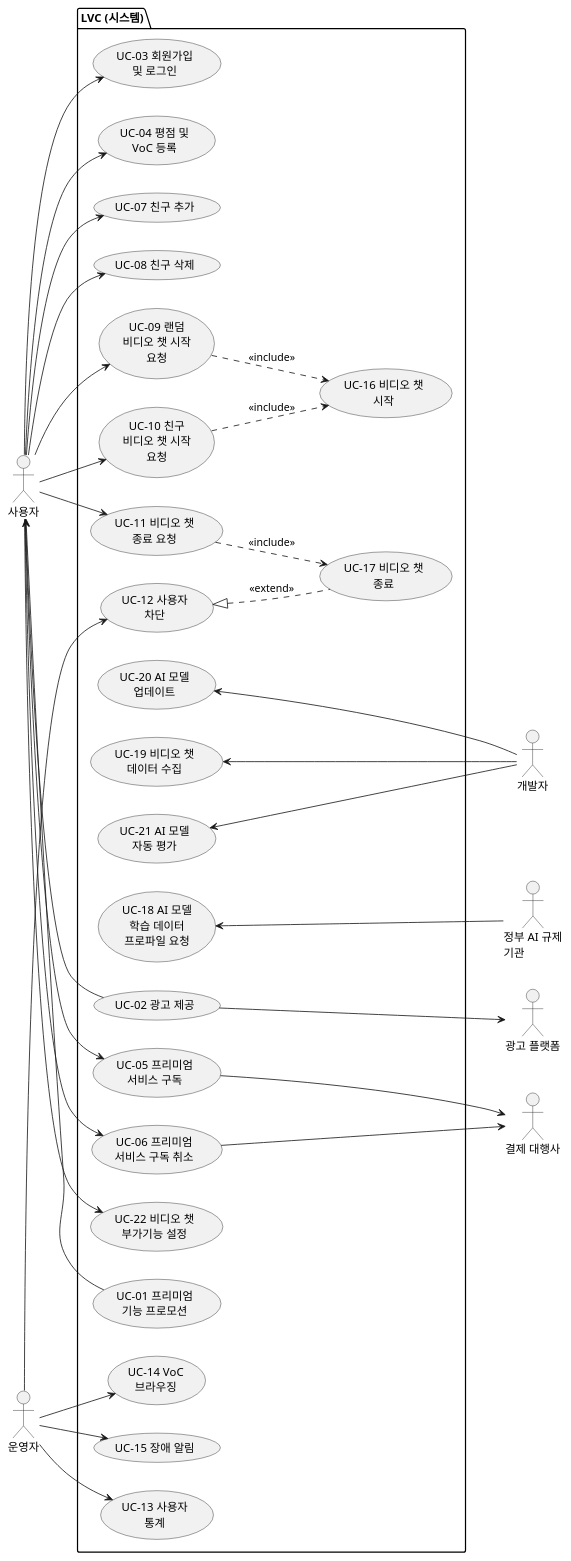
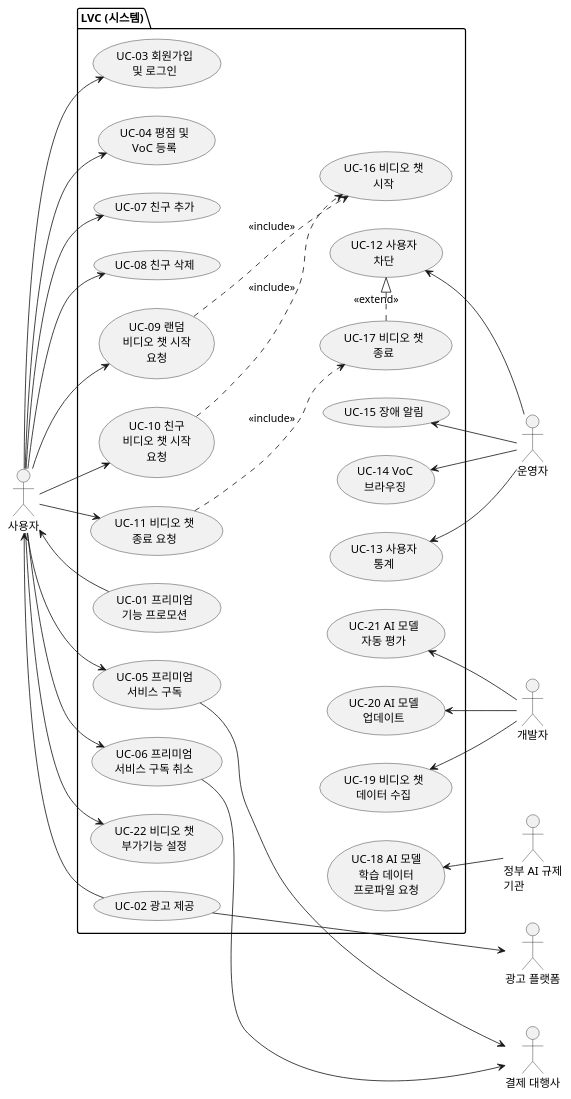
One commit to dhkim09a/associate-architect-course-2025 changed the diagram in diagrams/use_case_diagram.puml. Above: the diagram before and after it, drawn with PlantUML.

```diff
--- a/diagrams/use_case_diagram.puml
+++ b/diagrams/use_case_diagram.puml
@@ -1,73 +1,83 @@
 @startuml
 
 skinparam wrapWidth 100
 left to right direction
 
 actor "사용자" as User
 actor "운영자" as Admin
 actor "개발자" as Developer
 actor "광고 플랫폼" as AdProvider
 actor "결제 대행사" as PayProvider
 actor "정부 AI 규제 기관" as Regulator
 
 package "LVC (시스템)" {
     usecase "UC-01 프리미엄 기능 프로모션" as UC1
     usecase "UC-02 광고 제공" as UC2
     usecase "UC-03 회원가입 및 로그인" as UC3
     usecase "UC-04 평점 및 VoC 등록" as UC4
     usecase "UC-05 프리미엄 서비스 구독" as UC5
     usecase "UC-06 프리미엄 서비스 구독 취소" as UC6
     usecase "UC-07 친구 추가" as UC7
     usecase "UC-08 친구 삭제" as UC8
     usecase "UC-09 랜덤 비디오 챗 시작 요청" as UC9
     usecase "UC-10 친구 비디오 챗 시작 요청" as UC10
     usecase "UC-11 비디오 챗 종료 요청" as UC11
     usecase "UC-12 사용자 차단" as UC12
     usecase "UC-13 사용자 통계" as UC13
     usecase "UC-14 VoC 브라우징" as UC14
     usecase "UC-15 장애 알림" as UC15
     usecase "UC-16 비디오 챗 시작" as UC16
     usecase "UC-17 비디오 챗 종료" as UC17
     usecase "UC-18 AI 모델 학습 데이터 프로파일 요청" as UC18
     usecase "UC-19 비디오 챗 데이터 수집" as UC19
     usecase "UC-20 AI 모델 업데이트" as UC20
     usecase "UC-21 AI 모델 자동 평가" as UC21
     usecase "UC-22 비디오 챗 부가기능 설정" as UC22
 
+
     UC1 --> User
     UC2 --> User
     
     User --> UC3
     User --> UC4
     User --> UC5
     User --> UC6
     User --> UC7
     User --> UC8
     User --> UC9
     User --> UC10
     User --> UC11
     User --> UC22
     
-    Admin -down-> UC12
-    Admin -down-> UC13
-    Admin -down-> UC14
-    Admin -down-> UC15
+    Admin -up-> UC12
+    Admin -up-> UC13
+    Admin -up-> UC14
+    Admin -up-> UC15
 
-    Regulator --up-> UC18
+    Regulator -up-> UC18
 
-    Developer --up-> UC19
-    Developer --up-> UC20
-    Developer --up-> UC21
+    Developer -up-> UC19
+    Developer -up-> UC20
+    Developer -up-> UC21
 
     UC5 --down-> PayProvider
     UC6 --down-> PayProvider
 
     UC2 --down-> AdProvider
     
     UC9 ..> UC16 : "<<include>>"
     UC10 ..> UC16 : "<<include>>"
     UC11 ..> UC17 : "<<include>>"
-    UC17 .up.|> UC12 : "<<extend>>"
+    UC17 .|> UC12 : "<<extend>>"
+    
+    UC1 -[hidden]- UC12
+    UC1 -[hidden]- UC13
+    UC1 -[hidden]- UC14
+    UC1 -[hidden]- UC15
+    UC1 -[hidden]- UC18
+    UC1 -[hidden]- UC19
+    UC1 -[hidden]- UC20
+    UC1 -[hidden]- UC21
 }
 
 @enduml
```
